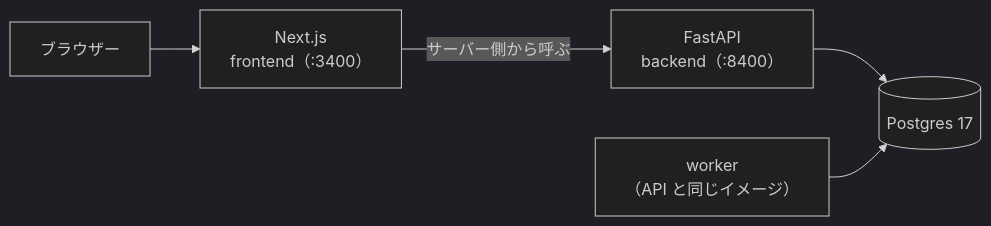
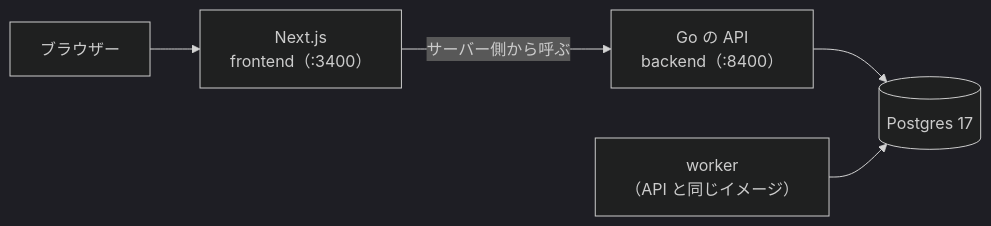
Before and after one commit to Starlight-Tree/ShopOrder: the diagram in README.ja.md, drawn with Mermaid (dark theme). The commit also changed other lines of this file and 16 other files, not shown here.

````diff
--- a/README.ja.md
+++ b/README.ja.md
@@ -36,7 +36,7 @@
 ```mermaid
 flowchart LR
     B[ブラウザー] --> F["Next.js<br/>frontend（:3400）"]
-    F -->|"サーバー側から呼ぶ"| A["FastAPI<br/>backend（:8400）"]
+    F -->|"サーバー側から呼ぶ"| A["Go の API<br/>backend（:8400）"]
     A --> DB[("Postgres 17")]
     W["worker<br/>（API と同じイメージ）"] --> DB
 ```
````
